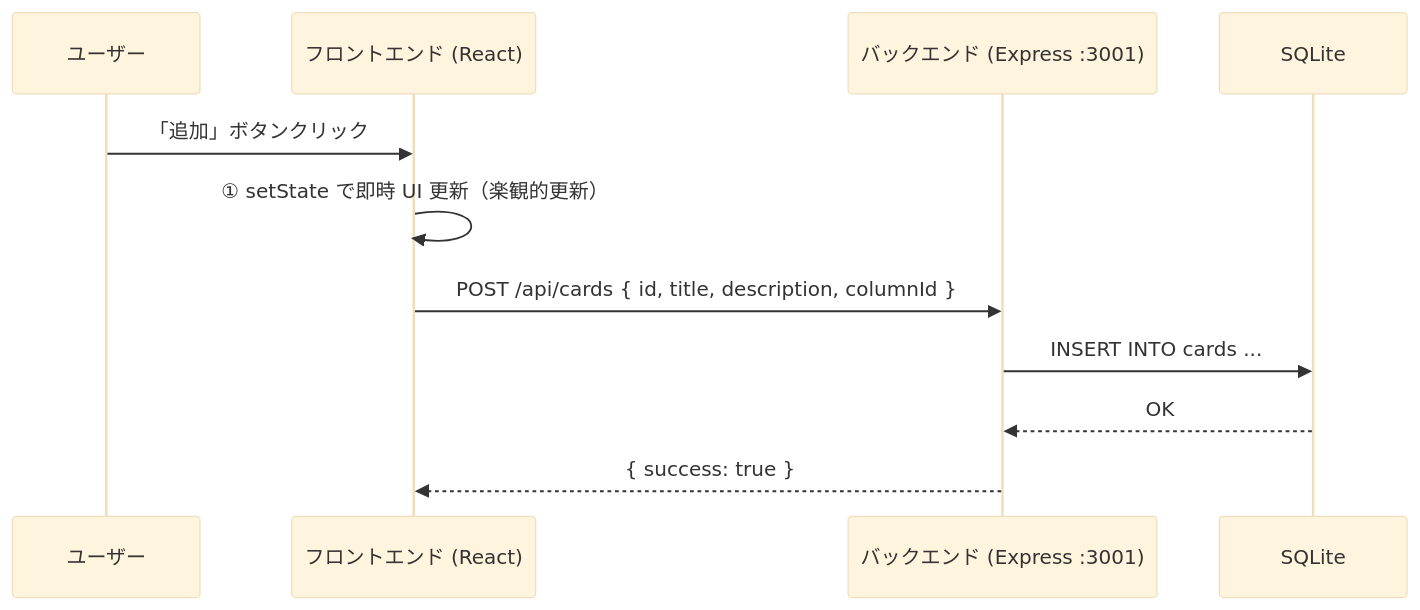
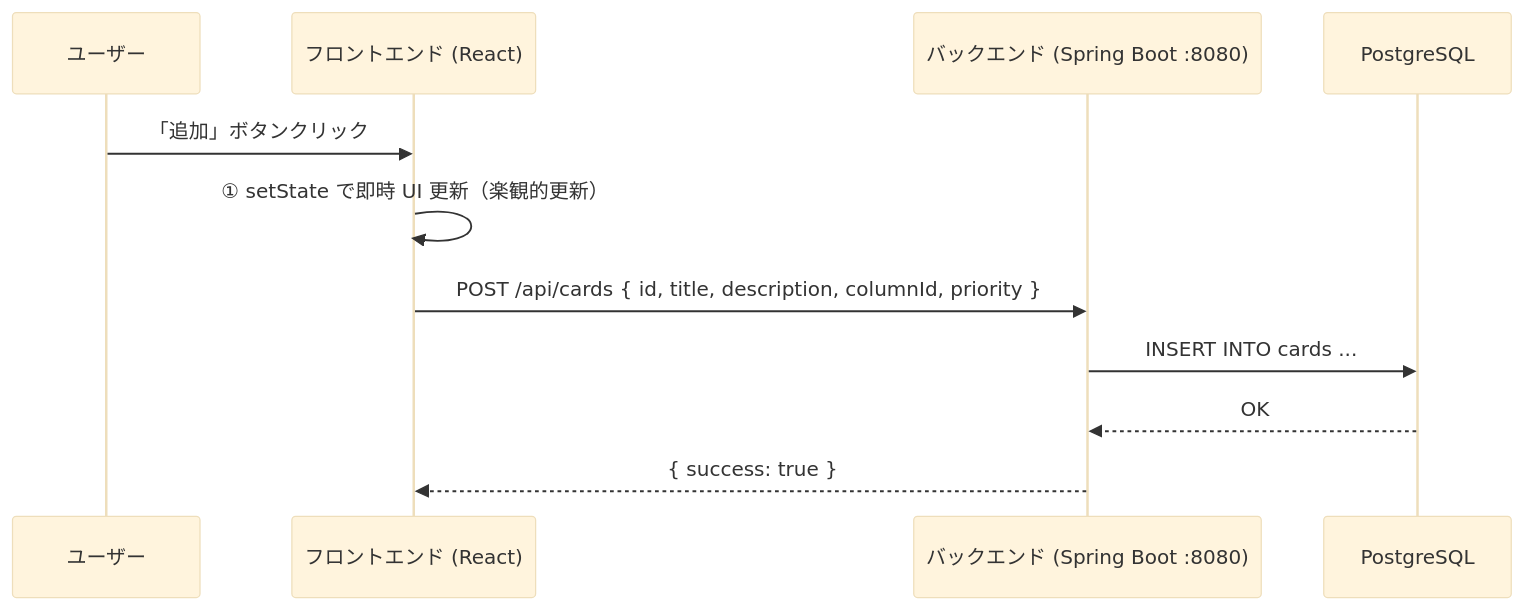
Before and after one commit to yuhihamada0703/AI-Engineer-Course---yuhihamada: the fourth of 6 diagrams in docs/design.md, drawn with Mermaid (base theme). The commit also changed other lines of this file and 5 other files, not shown here.

````diff
--- a/docs/design.md
+++ b/docs/design.md
@@ -155,14 +160,14 @@
 ```mermaid
 sequenceDiagram
     participant User as ユーザー
     participant Client as フロントエンド (React)
-    participant Server as バックエンド (Express :3001)
-    participant DB as SQLite
+    participant Server as バックエンド (Spring Boot :8080)
+    participant DB as PostgreSQL
 
     User->>Client: 「追加」ボタンクリック
     Client->>Client: ① setState で即時 UI 更新（楽観的更新）
-    Client->>Server: POST /api/cards { id, title, description, columnId }
+    Client->>Server: POST /api/cards { id, title, description, columnId, priority }
     Server->>DB: INSERT INTO cards ...
     DB-->>Server: OK
     Server-->>Client: { success: true }
 ```
````
